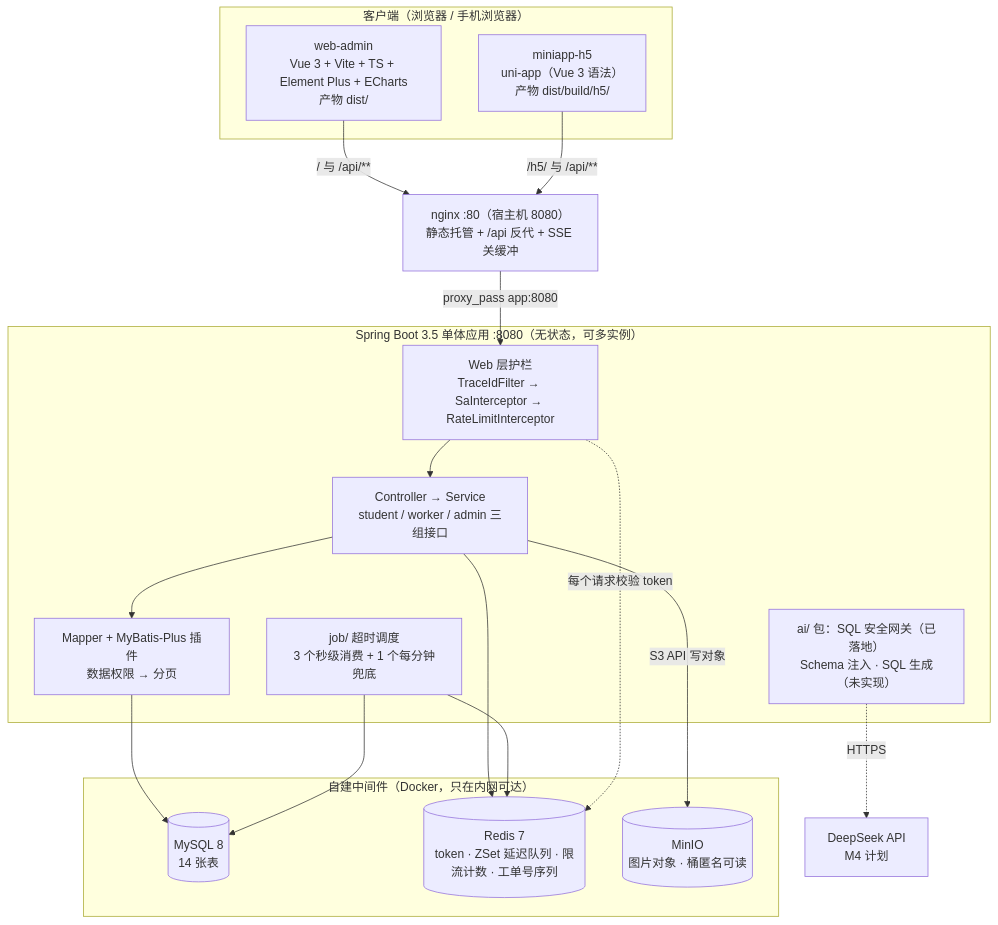
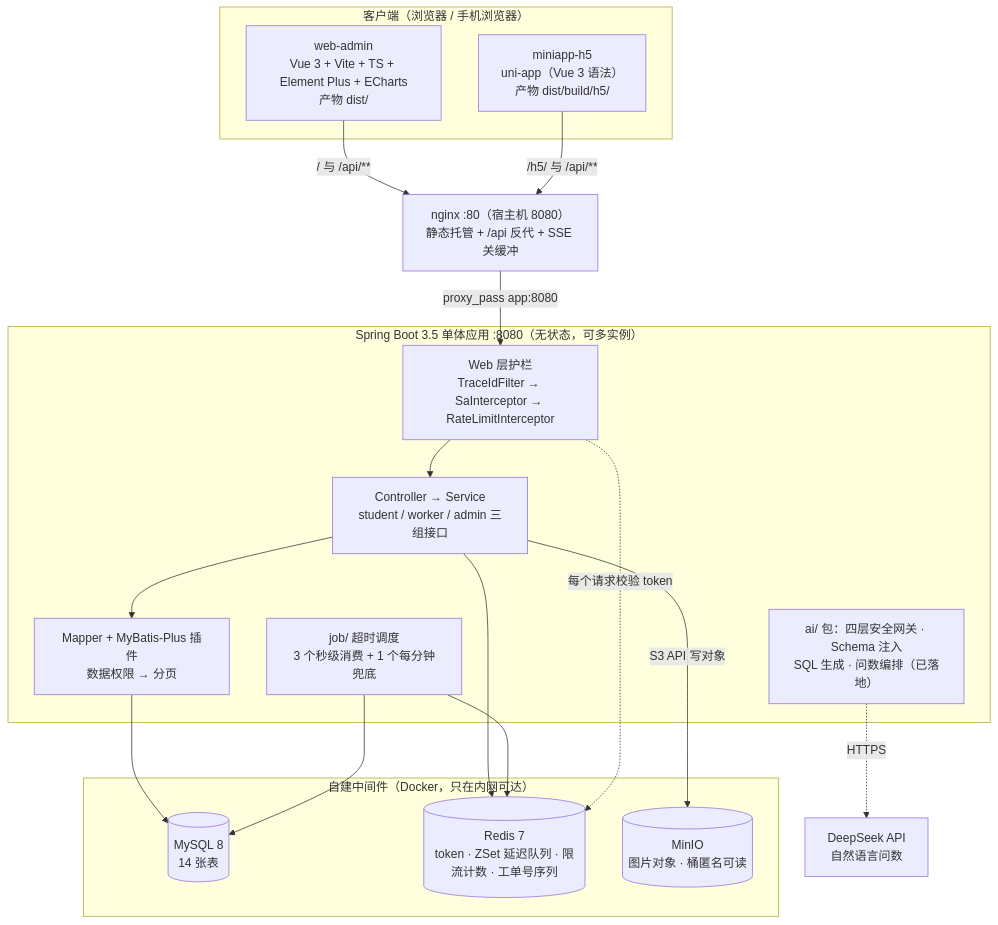
The second of 10 diagrams in docs/06-架构图.md (bluemalic/repair-platform), drawn with Mermaid before and after one commit. The commit also changed other lines of this file and 10 other files, not shown here.

````diff
--- a/docs/06-架构图.md
+++ b/docs/06-架构图.md
@@ -76,38 +76,38 @@
 ```mermaid
 flowchart TB
     subgraph client["客户端（浏览器 / 手机浏览器）"]
         adminApp["web-admin<br/>Vue 3 + Vite + TS + Element Plus + ECharts<br/>产物 dist/"]
         h5App["miniapp-h5<br/>uni-app（Vue 3 语法）<br/>产物 dist/build/h5/"]
     end
 
     nginx["nginx :80（宿主机 8080）<br/>静态托管 + /api 反代 + SSE 关缓冲"]
 
     subgraph boot["Spring Boot 3.5 单体应用 :8080（无状态，可多实例）"]
         guard["Web 层护栏<br/>TraceIdFilter → SaInterceptor → RateLimitInterceptor"]
         biz["Controller → Service<br/>student / worker / admin 三组接口"]
         orm["Mapper + MyBatis-Plus 插件<br/>数据权限 → 分页"]
         sched["job/ 超时调度<br/>3 个秒级消费 + 1 个每分钟兜底"]
-        aiPkg["ai/ 包：SQL 安全网关（已落地）<br/>Schema 注入 · SQL 生成（未实现）"]
+        aiPkg["ai/ 包：四层安全网关 · Schema 注入<br/>SQL 生成 · 问数编排（已落地）"]
     end
 
     subgraph infra["自建中间件（Docker，只在内网可达）"]
         mysql[("MySQL 8<br/>14 张表")]
         redis[("Redis 7<br/>token · ZSet 延迟队列 · 限流计数 · 工单号序列")]
         minio[("MinIO<br/>图片对象 · 桶匿名可读")]
     end
 
-    deepseek["DeepSeek API<br/>M4 计划"]
+    deepseek["DeepSeek API<br/>自然语言问数"]
 
     adminApp -->|"/ 与 /api/**"| nginx
     h5App -->|"/h5/ 与 /api/**"| nginx
     nginx -->|"proxy_pass app:8080"| guard
     guard --> biz
     biz --> orm
     orm --> mysql
     biz --> redis
     biz -->|"S3 API 写对象"| minio
     sched --> redis
     sched --> mysql
     guard -.->|"每个请求校验 token"| redis
     aiPkg -.->|"HTTPS"| deepseek
 ```
````
